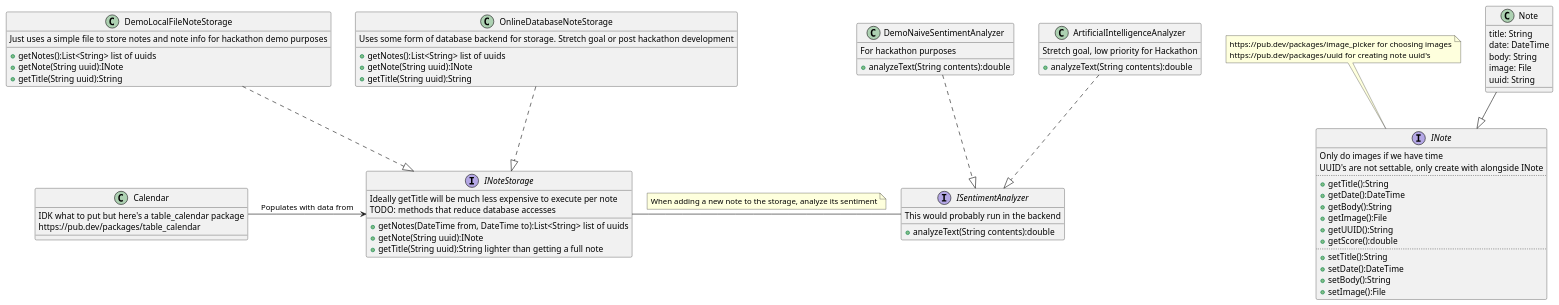
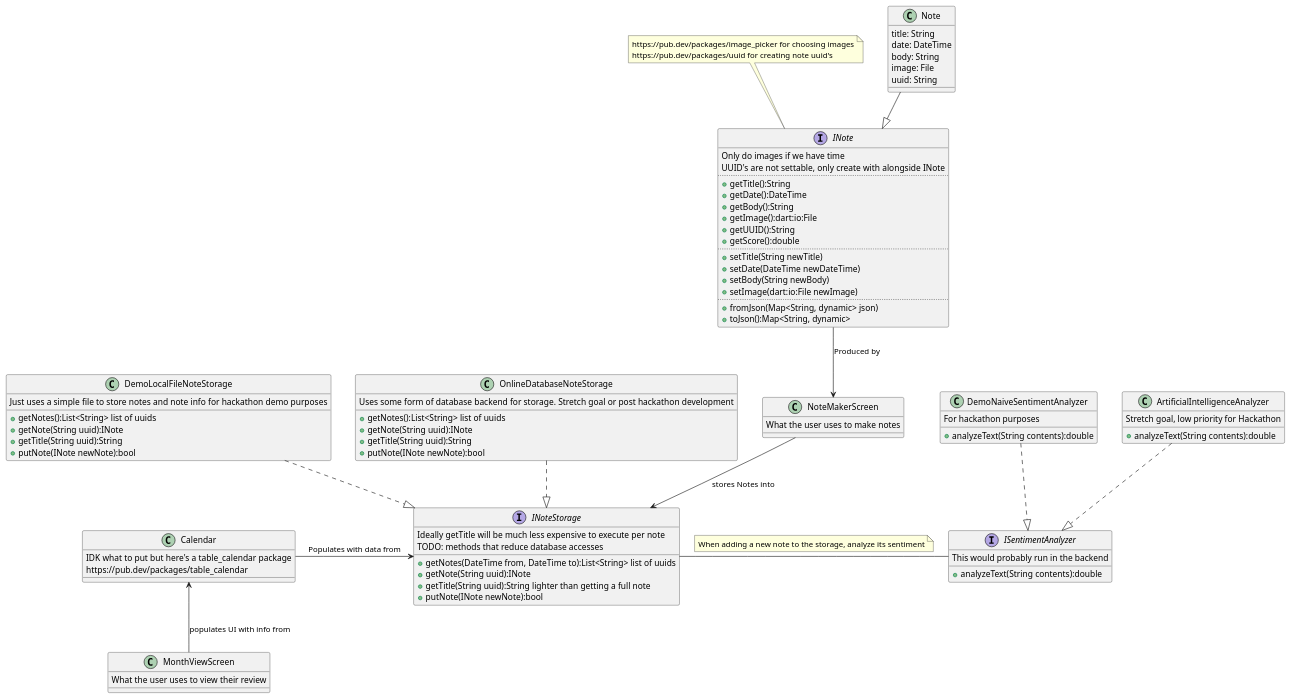
One commit to AaronLi/Serenity changed the diagram in docs/puml/src/domaindiagram.puml. Above: the diagram before and after it, drawn with PlantUML. The commit also changed 13 other files, not shown here.

```diff
--- a/docs/puml/src/domaindiagram.puml
+++ b/docs/puml/src/domaindiagram.puml
@@ -1,84 +1,99 @@
 @startuml app
 
 interface INote{
     Only do images if we have time
     UUID's are not settable, only create with alongside INote
     ..
     +getTitle():String
     +getDate():DateTime
     +getBody():String
-    +getImage():File
+    +getImage():dart:io:File
     +getUUID():String
     +getScore():double
     ..
-    +setTitle():String
-    +setDate():DateTime
-    +setBody():String
-    +setImage():File
+    +setTitle(String newTitle)
+    +setDate(DateTime newDateTime)
+    +setBody(String newBody)
+    +setImage(dart:io:File newImage)
+    ..
+    +fromJson(Map<String, dynamic> json)
+    +toJson():Map<String, dynamic>
 }
 note top of INote: https://pub.dev/packages/image_picker for choosing images\nhttps://pub.dev/packages/uuid for creating note uuid's
 
 interface INoteStorage{
     Ideally getTitle will be much less expensive to execute per note
     TODO: methods that reduce database accesses
     +getNotes(DateTime from, DateTime to):List<String> list of uuids
     +getNote(String uuid):INote
     +getTitle(String uuid):String lighter than getting a full note
+    +putNote(INote newNote):bool
 }
 
 class DemoLocalFileNoteStorage{
     Just uses a simple file to store notes and note info for hackathon demo purposes
     +getNotes():List<String> list of uuids
     +getNote(String uuid):INote
     +getTitle(String uuid):String
+    +putNote(INote newNote):bool
 }
 
 class OnlineDatabaseNoteStorage{
     Uses some form of database backend for storage. Stretch goal or post hackathon development
     +getNotes():List<String> list of uuids
     +getNote(String uuid):INote
     +getTitle(String uuid):String
+    +putNote(INote newNote):bool
 }
 
 class Note{
     title: String
     date: DateTime
     body: String
     image: File
     uuid: String
 }
 
 interface ISentimentAnalyzer{
     This would probably run in the backend
     +analyzeText(String contents):double
 }
 
 class Calendar{
     IDK what to put but here's a table_calendar package
     https://pub.dev/packages/table_calendar
 }
 
 class DemoNaiveSentimentAnalyzer{
     For hackathon purposes
     +analyzeText(String contents):double
 }
 
 class ArtificialIntelligenceAnalyzer{
     Stretch goal, low priority for Hackathon
     +analyzeText(String contents):double
 }
+class NoteMakerScreen{
+    What the user uses to make notes
+}
 
+class MonthViewScreen{
+    What the user uses to view their review
+}
 
 DemoLocalFileNoteStorage ..|> INoteStorage
 OnlineDatabaseNoteStorage ..|> INoteStorage
 Note --|> INote
 ArtificialIntelligenceAnalyzer ..|> ISentimentAnalyzer
 DemoNaiveSentimentAnalyzer ..|> ISentimentAnalyzer
 
 Calendar -> INoteStorage: Populates with data from
 INoteStorage - ISentimentAnalyzer
 note on link
 When adding a new note to the storage, analyze its sentiment
 end note
 
+INote --> NoteMakerScreen: Produced by
+NoteMakerScreen --> INoteStorage: stores Notes into
+Calendar <-- MonthViewScreen: populates UI with info from
 @enduml
```
